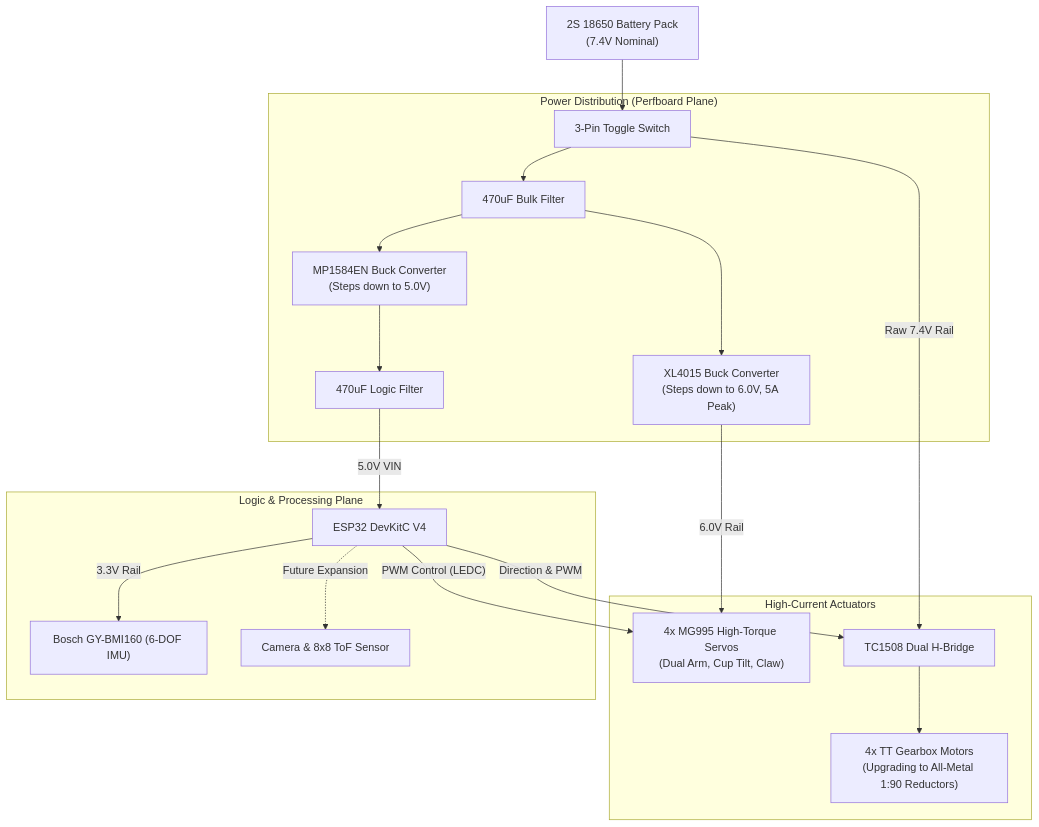
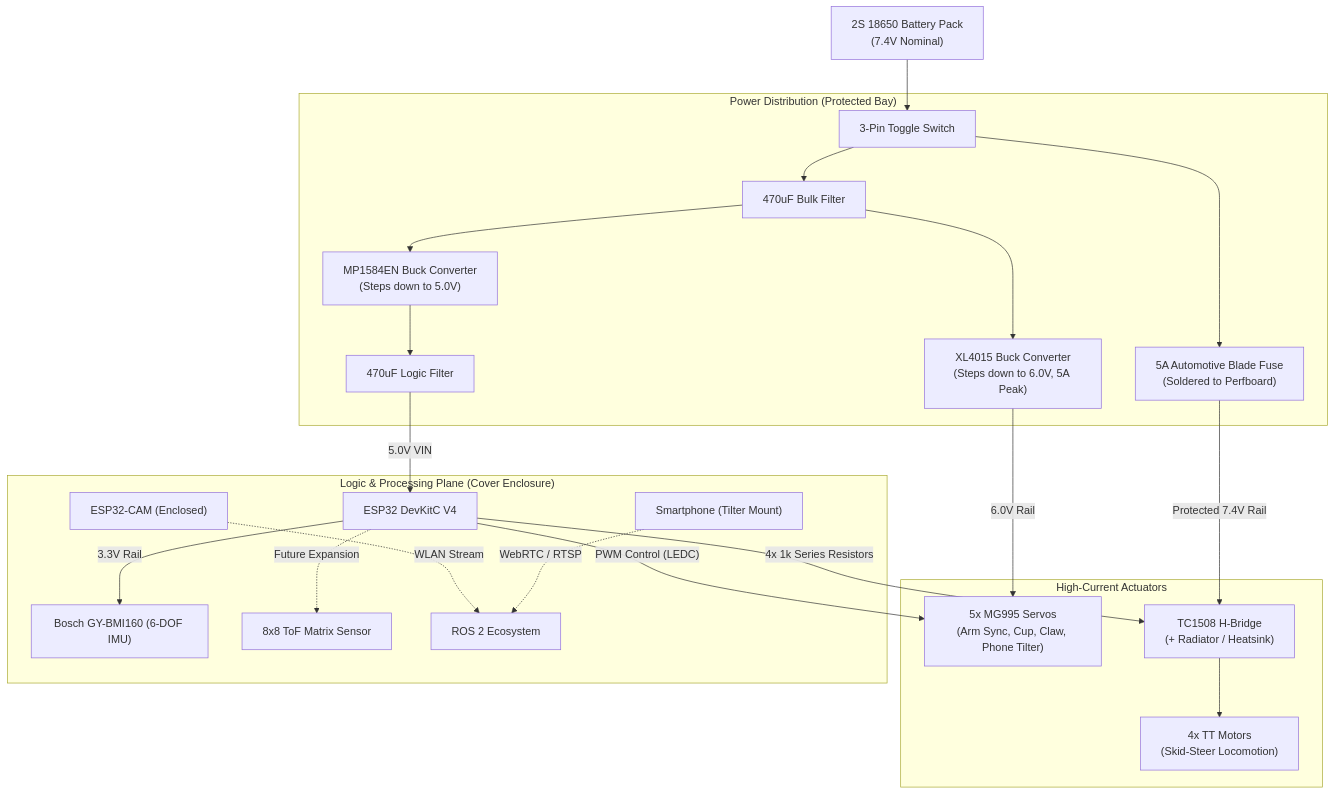
Before and after one commit to Mihaii2/claw_bulldozer_ws: the diagram in README.md, drawn with Mermaid. The commit also changed other lines of this file and 21 other files, not shown here.

````diff
--- a/README.md
+++ b/README.md
@@ -120,25 +162,28 @@
 ```mermaid
 graph TD
     Batt["2S 18650 Battery Pack<br/>(7.4V Nominal)"] --> Switch["3-Pin Toggle Switch"]
     
-    subgraph PowerDistribution["Power Distribution (Perfboard Plane)"]
+    subgraph PowerDistribution["Power Distribution (Protected Bay)"]
         Switch --> Cap1["470uF Bulk Filter"]
         Cap1 --> XL4015["XL4015 Buck Converter<br/>(Steps down to 6.0V, 5A Peak)"]
         Cap1 --> MP1584["MP1584EN Buck Converter<br/>(Steps down to 5.0V)"]
+        Switch --> Fuse["5A Automotive Blade Fuse<br/>(Soldered to Perfboard)"]
         MP1584 --> Cap2["470uF Logic Filter"]
     end
 
     subgraph Actuators["High-Current Actuators"]
-        XL4015 -->|"6.0V Rail"| Servos["4x MG995 High-Torque Servos<br/>(Dual Arm, Cup Tilt, Claw)"]
-        Switch -->|"Raw 7.4V Rail"| TC1508["TC1508 Dual H-Bridge"]
-        TC1508 --> TT_Motors["4x TT Gearbox Motors<br/>(Upgrading to All-Metal 1:90 Reductors)"]
+        XL4015 -->|"6.0V Rail"| Servos["5x MG995 Servos<br/>(Arm Sync, Cup, Claw, Phone Tilter)"]
+        Fuse -->|"Protected 7.4V Rail"| TC1508["TC1508 H-Bridge<br/>(+ Radiator / Heatsink)"]
+        TC1508 --> TT_Motors["4x TT Motors<br/>(Skid-Steer Locomotion)"]
     end
 
-    subgraph LogicAndSensors["Logic & Processing Plane"]
+    subgraph LogicAndSensors["Logic & Processing Plane (Cover Enclosure)"]
         Cap2 -->|"5.0V VIN"| ESP32["ESP32 DevKitC V4"]
         ESP32 -->|"3.3V Rail"| BMI160["Bosch GY-BMI160 (6-DOF IMU)"]
         ESP32 -->|"PWM Control (LEDC)"| Servos
-        ESP32 -->|"Direction & PWM"| TC1508
-        ESP32 -.->|"Future Expansion"| CamToF["Camera & 8x8 ToF Sensor"]
+        ESP32 -->|"4x 1k Series Resistors"| TC1508
+        ESP32 -.->|"Future Expansion"| ToF["8x8 ToF Matrix Sensor"]
+        ESP32Cam["ESP32-CAM (Enclosed)"] -.->|"WLAN Stream"| ROS2["ROS 2 Ecosystem"]
+        Phone["Smartphone (Tilter Mount)"] -.->|"WebRTC / RTSP"| ROS2
     end
 ```
````
